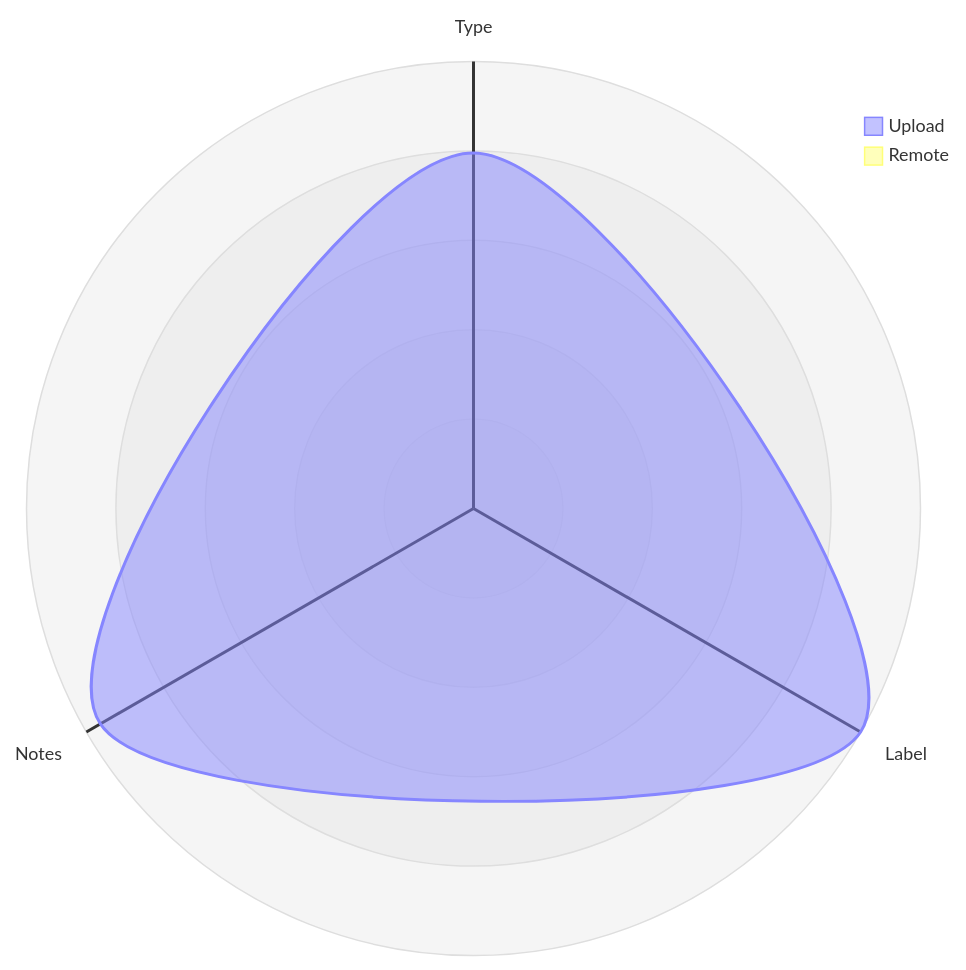
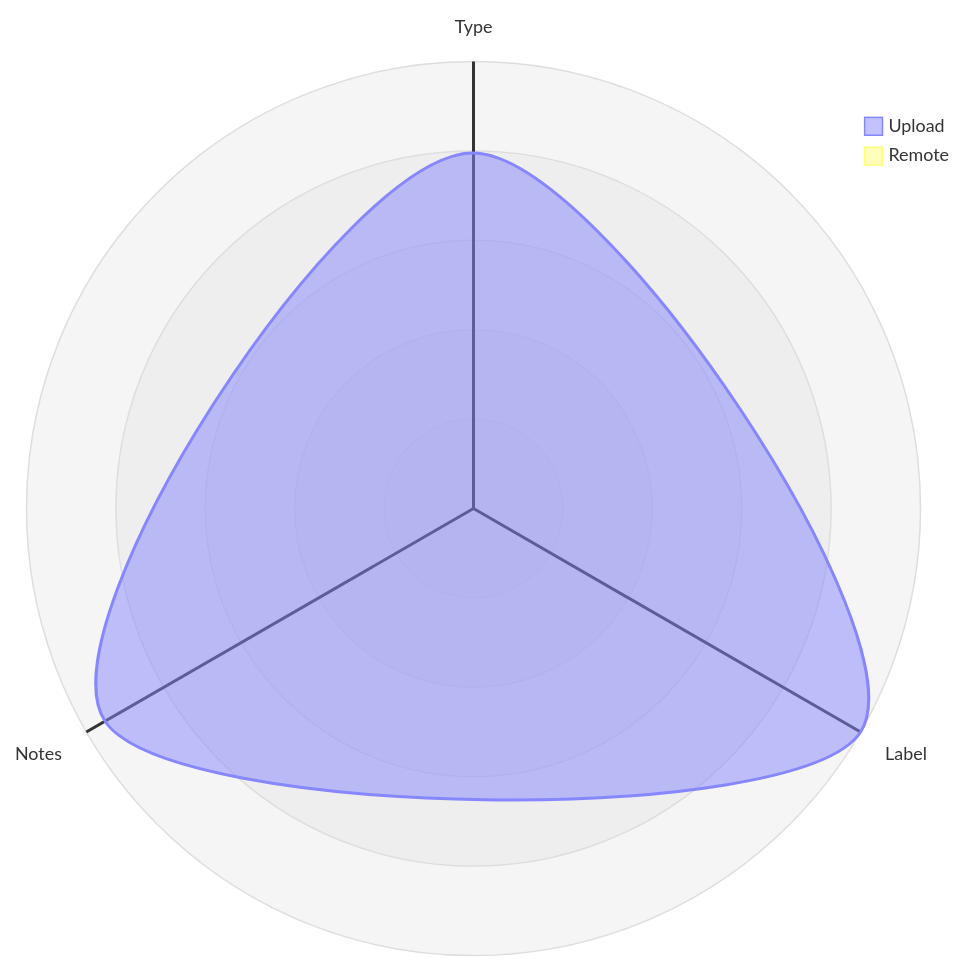
The third of 5 diagrams in datastore_tracker/README.md (open-data/analytics-corporate-reporting), drawn with Mermaid before and after one commit. The commit also changed other lines of this file and 9 other files, not shown here.

````diff
--- a/datastore_tracker/README.md
+++ b/datastore_tracker/README.md
@@ -104,12 +104,12 @@
 ```mermaid
 radar-beta
   axis T["Type"], L["Label"], N["Notes"]
-  curve u["Upload"]{0.00066, 0.00083, 0.0008}
+  curve u["Upload"]{0.00066, 0.00083, 0.00079}
   curve r["Remote"]{0, 0, 0}
 
   showLegend true
 
   min 0
   graticule circle
   ticks 5
 ```
````
